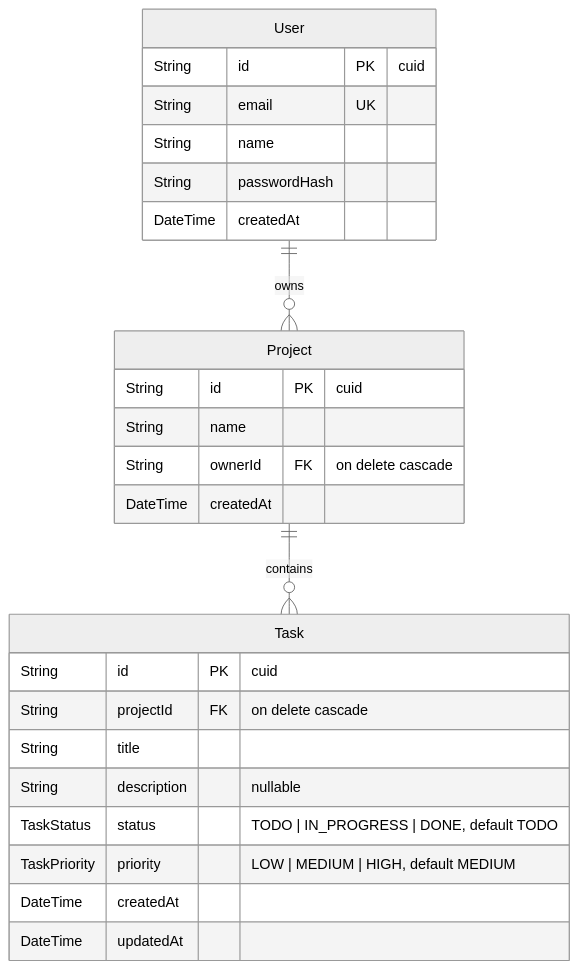
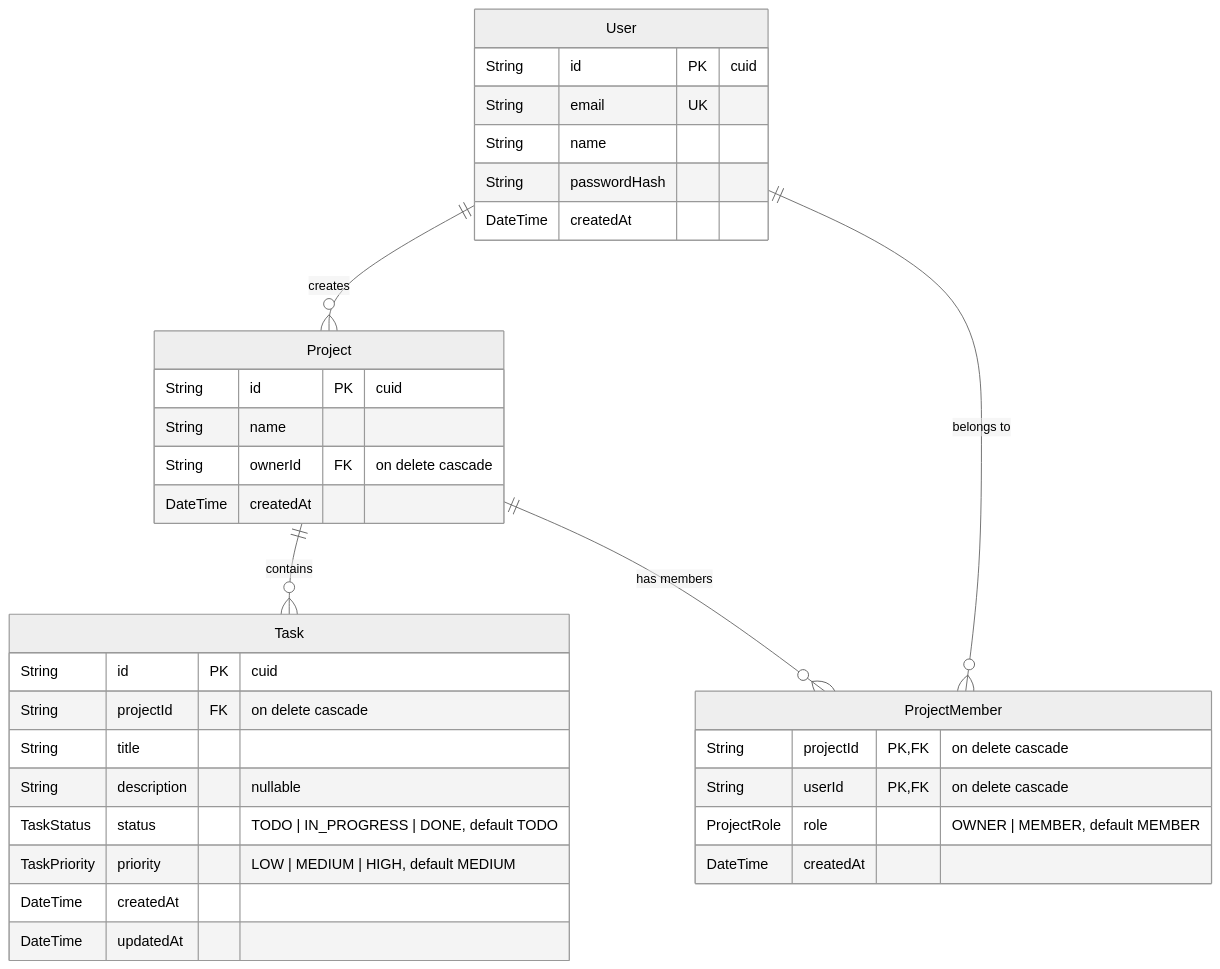
The fourth of 4 diagrams in docs/architecture.md (stone-coding/team-task-board-copilot), drawn with Mermaid (neutral theme) before and after one commit. The commit also changed other lines of this file and 7 other files, not shown here.

First line of the commit message:
docs(#49): document shared projects and roles in AGENTS.md, the PRD, architecture, DESIGN.md, README, and screenshots

````diff
--- a/docs/architecture.md
+++ b/docs/architecture.md
@@ -69,29 +69,37 @@
 ```mermaid
 erDiagram
-  User ||--o{ Project : owns
+  User ||--o{ Project : creates
   Project ||--o{ Task : contains
+  Project ||--o{ ProjectMember : "has members"
+  User ||--o{ ProjectMember : "belongs to"
 
   User {
     String id PK "cuid"
     String email UK
     String name
     String passwordHash
     DateTime createdAt
   }
   Project {
     String id PK "cuid"
     String name
     String ownerId FK "on delete cascade"
     DateTime createdAt
   }
+  ProjectMember {
+    String projectId PK,FK "on delete cascade"
+    String userId PK,FK "on delete cascade"
+    ProjectRole role "OWNER | MEMBER, default MEMBER"
+    DateTime createdAt
+  }
   Task {
     String id PK "cuid"
     String projectId FK "on delete cascade"
     String title
     String description "nullable"
     TaskStatus status "TODO | IN_PROGRESS | DONE, default TODO"
     TaskPriority priority "LOW | MEDIUM | HIGH, default MEDIUM"
     DateTime createdAt
     DateTime updatedAt
   }
 ```
````
